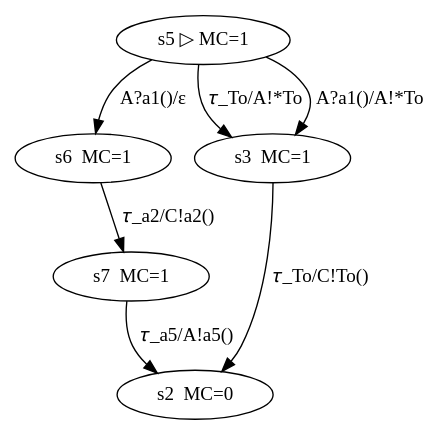
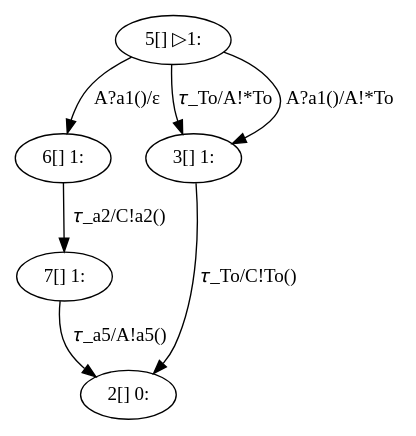
One commit to LauraVoinea/scribble-java changed the diagram in generated/Timeout/B.dot. Above: the diagram before and after it, drawn with Graphviz. The commit also changed 36 other files, not shown here.

```diff
--- a/generated/Timeout/B.dot
+++ b/generated/Timeout/B.dot
@@ -1,14 +1,14 @@
 digraph G {
 compound = true;
-"5" [ label="s5 ▷ MC=1" ];
-"6" [ label="s6  MC=1" ];
-"7" [ label="s7  MC=1" ];
-"2" [ label="s2  MC=0" ];
-"3" [ label="s3  MC=1" ];
+"5" [ label="5[] ▷1:" ];
+"6" [ label="6[] 1:" ];
+"7" [ label="7[] 1:" ];
+"2" [ label="2[] 0:" ];
+"3" [ label="3[] 1:" ];
 "5" -> "3" [ label="𝜏_To/A!*To" ];
 "5" -> "6" [ label="A?a1()/ε" ];
 "5" -> "3" [ label="A?a1()/A!*To" ];
 "3" -> "2" [ label="𝜏_To/C!To()" ];
 "6" -> "7" [ label="𝜏_a2/C!a2()" ];
 "7" -> "2" [ label="𝜏_a5/A!a5()" ];
 }
```
